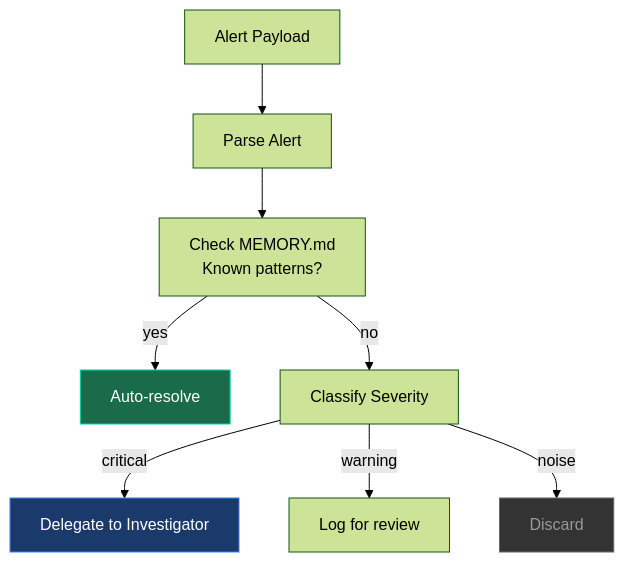
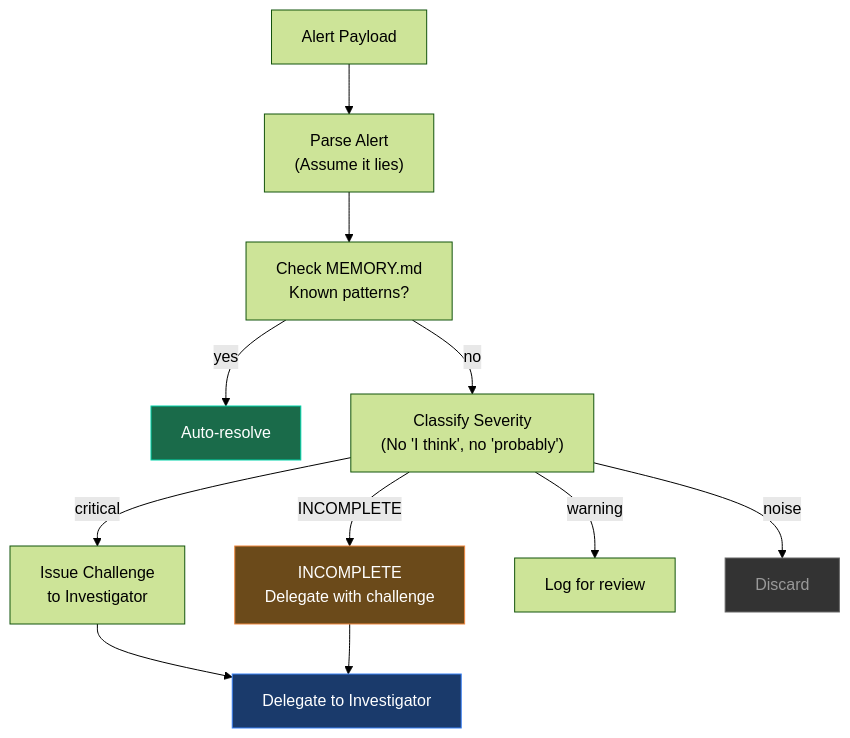
Before and after one commit to telemetryflow/telemetryflow-hermes: the diagram in docs/agents/triage.md, drawn with Mermaid (forest theme). The commit also changed other lines of this file and 63 other files, not shown here.

````diff
--- a/docs/agents/triage.md
+++ b/docs/agents/triage.md
@@ -7,14 +7,18 @@
 ```mermaid
 graph TD
-    ALERT["Alert Payload"] --> PARSE["Parse Alert"]
+    ALERT["Alert Payload"] --> PARSE["Parse Alert<br/>(Assume it lies)"]
     PARSE --> MEM["Check MEMORY.md<br/>Known patterns?"]
     MEM -->|"yes"| RESOLVE["Auto-resolve"]
-    MEM -->|"no"| CLASSIFY["Classify Severity"]
-    CLASSIFY -->|"critical"| ESCALATE["Delegate to Investigator"]
+    MEM -->|"no"| CLASSIFY["Classify Severity<br/>(No 'I think', no 'probably')"]
+    CLASSIFY -->|"critical"| CHALLENGE["Issue Challenge<br/>to Investigator"]
+    CLASSIFY -->|"INCOMPLETE"| INCOMPLETE["INCOMPLETE<br/>Delegate with challenge"]
     CLASSIFY -->|"warning"| LOG["Log for review"]
     CLASSIFY -->|"noise"| DISCARD["Discard"]
+    CHALLENGE --> ESCALATE["Delegate to Investigator"]
+    INCOMPLETE --> ESCALATE
 
     style RESOLVE fill:#1a6b4a,stroke:#00d4aa,color:#fff
     style ESCALATE fill:#1a3a6b,stroke:#3b82f6,color:#fff
     style DISCARD fill:#333,stroke:#666,color:#999
+    style INCOMPLETE fill:#6b4a1a,stroke:#f0883e,color:#fff
 ```
````
